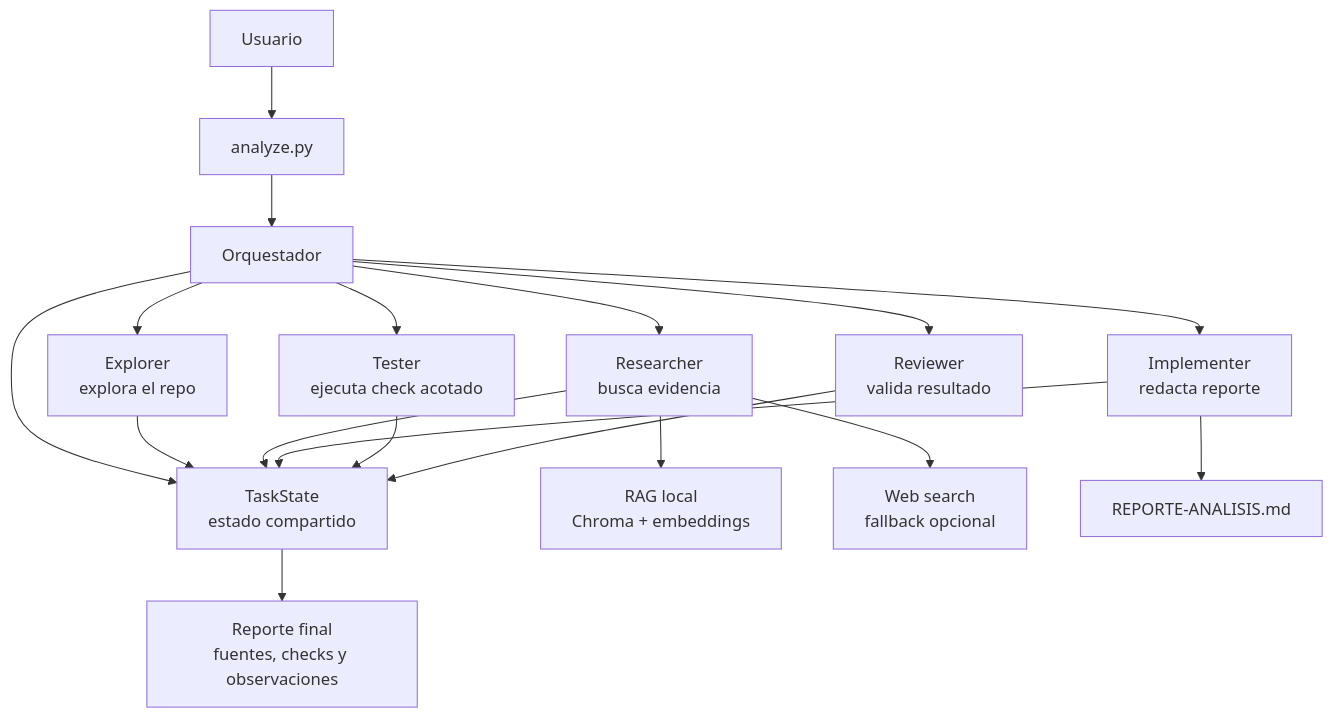
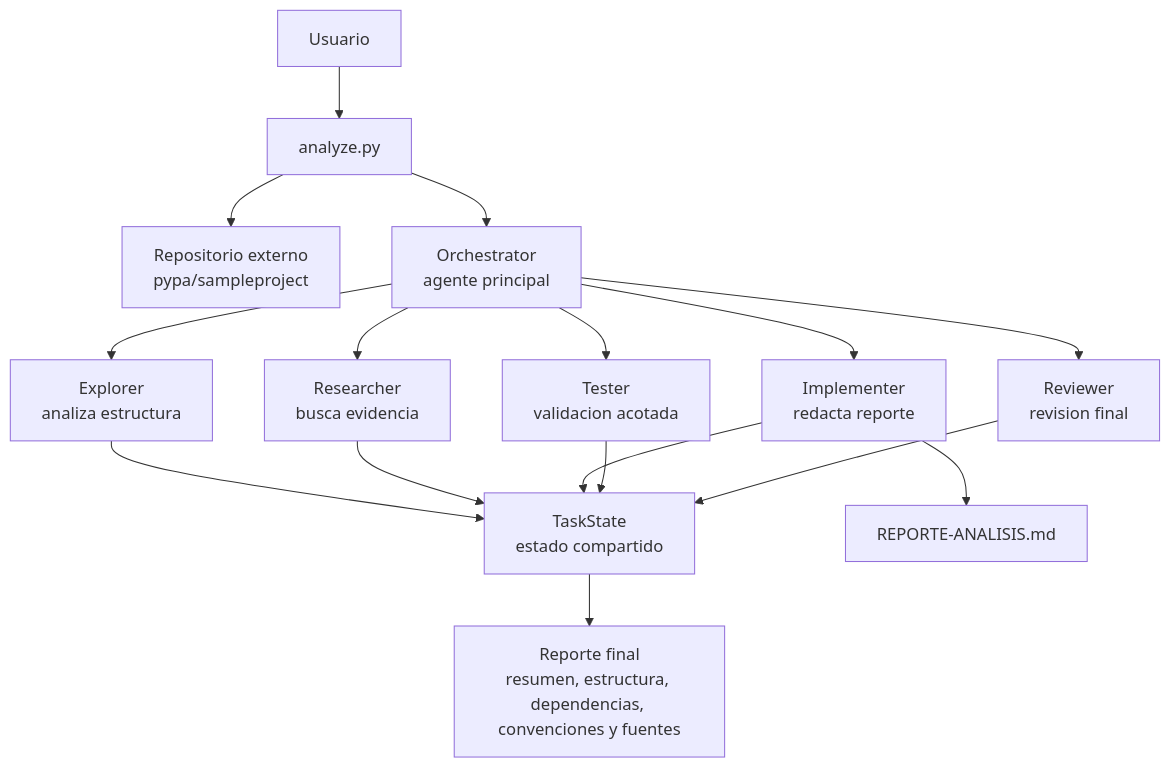
Before and after one commit to n-mangini/coding-agent: the diagram in docs/entregables/3-caso-uso.md, drawn with Mermaid. The commit also changed other lines of this file and 1 other file, not shown here.

Commit message:
docs: alinear caso de uso con reporte generado  Actualiza el entregable 3 para describir la ejecucion sobre pypa/sampleproject

````diff
--- a/docs/entregables/3-caso-uso.md
+++ b/docs/entregables/3-caso-uso.md
@@ -83,20 +67,24 @@
 ```mermaid
 flowchart TD
     U["Usuario"] --> A["analyze.py"]
-    A --> O["Orquestador"]
-    O --> S["TaskState<br/>estado compartido"]
-    O --> E["Explorer<br/>explora el repo"]
-    E --> S
-    O --> R["Researcher<br/>busca evidencia"]
-    R --> G["RAG local<br/>Chroma + embeddings"]
-    R --> W["Web search<br/>fallback opcional"]
-    R --> S
+    A --> R["Repositorio externo<br/>pypa/sampleproject"]
+    A --> O["Orchestrator<br/>agente principal"]
+
+    O --> E["Explorer<br/>analiza estructura"]
+    E --> S["TaskState<br/>estado compartido"]
+
+    O --> Q["Researcher<br/>busca evidencia"]
+    Q --> S
+
     O --> I["Implementer<br/>redacta reporte"]
     I --> F["REPORTE-ANALISIS.md"]
     I --> S
-    O --> T["Tester<br/>ejecuta check acotado"]
+
+    O --> T["Tester<br/>validacion acotada"]
     T --> S
-    O --> V["Reviewer<br/>valida resultado"]
+
+    O --> V["Reviewer<br/>revision final"]
     V --> S
-    S --> RF["Reporte final<br/>fuentes, checks y observaciones"]
+
+    S --> OUT["Reporte final<br/>resumen, estructura, dependencias, convenciones y fuentes"]
 ```
````
